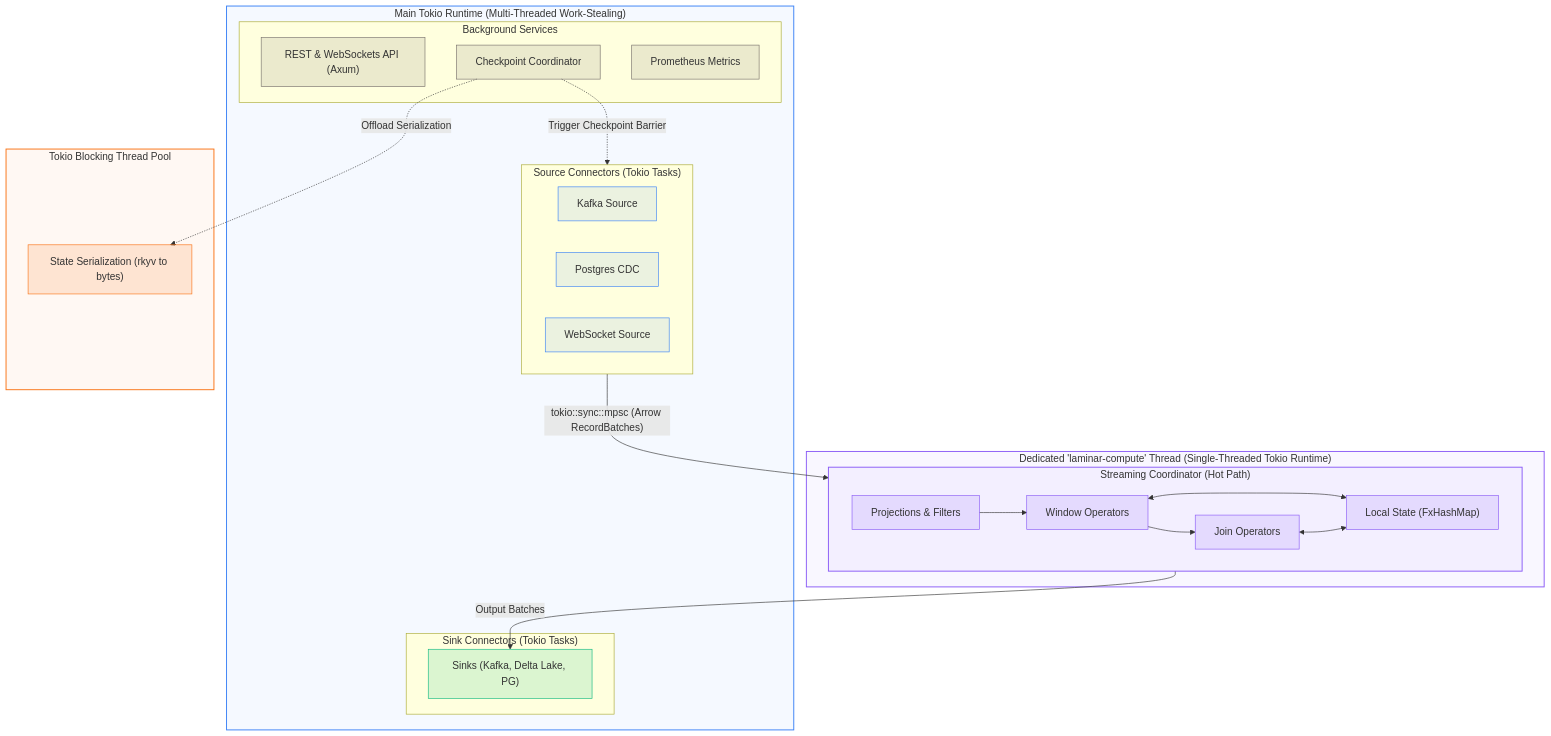
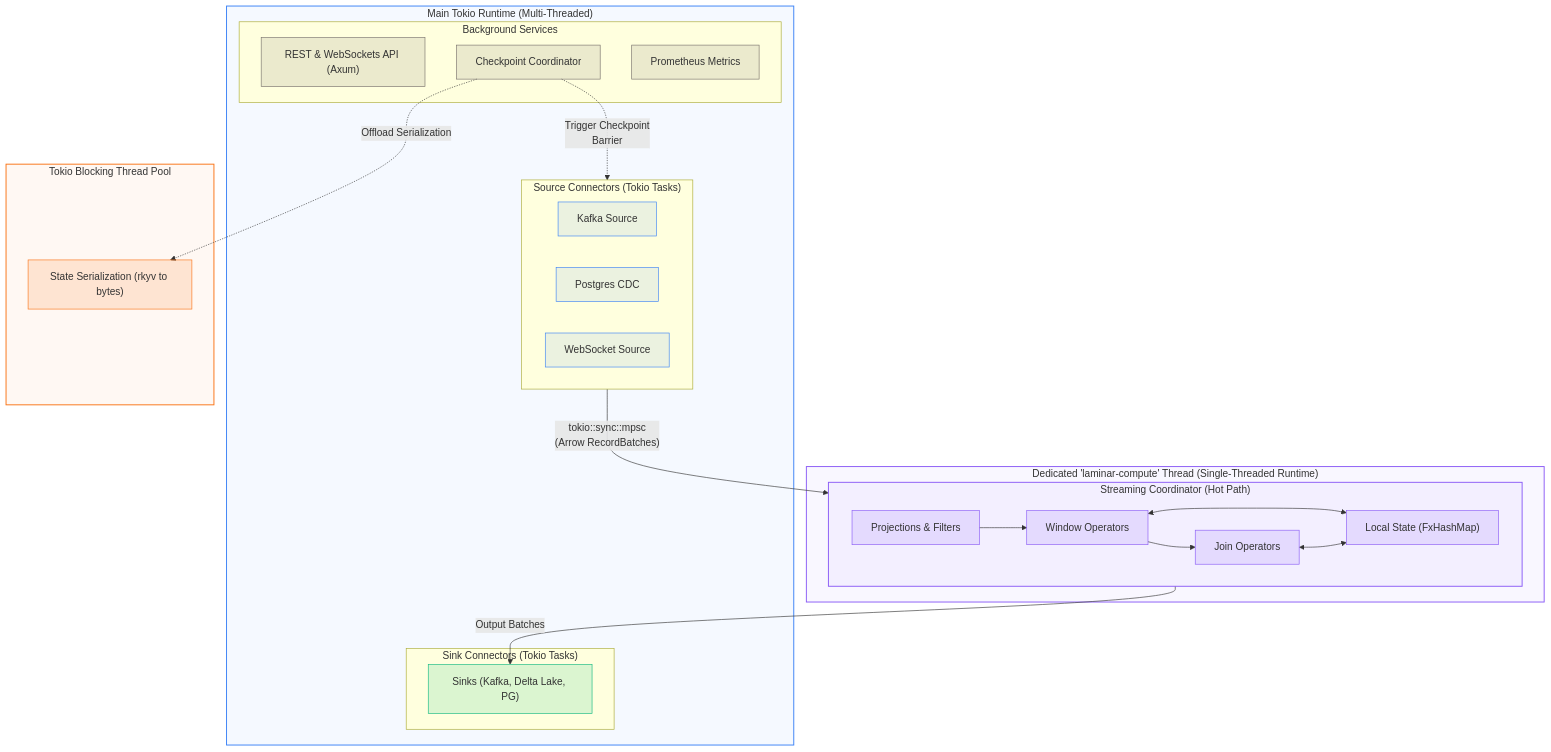
One commit to laminardb/laminardb changed the fifth of 5 diagrams in README.md. Above: the diagram before and after it, drawn with Mermaid. The commit also changed other lines of this file, not shown here.

Commit message:
docs: wrap long Mermaid node and link labels with br tags

````diff
--- a/README.md
+++ b/README.md
@@ -613,58 +613,58 @@
 ```mermaid
 graph TB
     classDef computeClass fill:#8b5cf6,fill-opacity:0.15,stroke:#8b5cf6,stroke-width:1px;
     classDef mainClass fill:#3b82f6,fill-opacity:0.1,stroke:#3b82f6,stroke-width:1px;
     classDef blockingClass fill:#f97316,fill-opacity:0.15,stroke:#f97316,stroke-width:1px;
     
     classDef sourceClass fill:#3b82f6,fill-opacity:0.1,stroke:#3b82f6,stroke-width:1px;
     classDef sinkClass fill:#10b981,fill-opacity:0.15,stroke:#10b981,stroke-width:1px;
     classDef serviceClass fill:#78716c,fill-opacity:0.15,stroke:#78716c,stroke-width:1px;
     classDef coordClass fill:#8b5cf6,fill-opacity:0.15,stroke:#8b5cf6,stroke-width:2px,font-weight:bold;
 
-    subgraph ComputeRuntime["Dedicated 'laminar-compute' Thread (Single-Threaded Tokio Runtime)"]
+    subgraph ComputeRuntime["Dedicated 'laminar-compute' Thread (Single-Threaded Runtime)"]
         subgraph Coord["Streaming Coordinator (Hot Path)"]
             direction LR
             Proj["Projections & Filters"]:::computeClass
             Window["Window Operators"]:::computeClass
             Join["Join Operators"]:::computeClass
             LocalState["Local State (FxHashMap)"]:::computeClass
             
             Proj --> Window --> Join
             Window <--> LocalState
             Join <--> LocalState
         end
     end
 
-    subgraph MainRuntime["Main Tokio Runtime (Multi-Threaded Work-Stealing)"]
+    subgraph MainRuntime["Main Tokio Runtime (Multi-Threaded)"]
         subgraph Sources["Source Connectors (Tokio Tasks)"]
             S1["Kafka Source"]:::sourceClass
             S2["Postgres CDC"]:::sourceClass
             S3["WebSocket Source"]:::sourceClass
         end
         
         subgraph Sinks["Sink Connectors (Tokio Tasks)"]
             SinkIO["Sinks (Kafka, Delta Lake, PG)"]:::sinkClass
         end
         
         subgraph CoreServices["Background Services"]
             API["REST & WebSockets API (Axum)"]:::serviceClass
             CheckpointCoord["Checkpoint Coordinator"]:::serviceClass
             Metrics["Prometheus Metrics"]:::serviceClass
         end
     end
 
     subgraph BlockingPool["Tokio Blocking Thread Pool"]
         Serial["State Serialization (rkyv to bytes)"]:::blockingClass
     end
 
     %% Data and Control Paths
-    Sources -->|"tokio::sync::mpsc (Arrow RecordBatches)"| Proj
+    Sources -->|"tokio::sync::mpsc<br/>(Arrow RecordBatches)"| Proj
     Join -->|"Output Batches"| SinkIO
-    CheckpointCoord -.->|"Trigger Checkpoint Barrier"| Sources
+    CheckpointCoord -.->|"Trigger Checkpoint<br/>Barrier"| Sources
     CheckpointCoord -.->|"Offload Serialization"| Serial
 
     style ComputeRuntime fill:#8b5cf6,fill-opacity:0.05,stroke:#8b5cf6,stroke-width:1.5px
     style MainRuntime fill:#3b82f6,fill-opacity:0.05,stroke:#3b82f6,stroke-width:1.5px
     style BlockingPool fill:#f97316,fill-opacity:0.05,stroke:#f97316,stroke-width:1.5px
     style Coord fill:#8b5cf6,fill-opacity:0.05,stroke:#8b5cf6,stroke-width:1.5px
 ```
````
